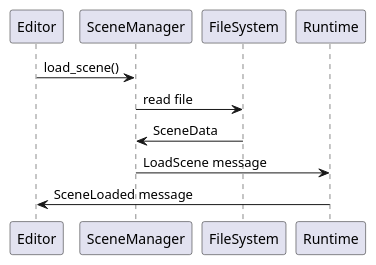
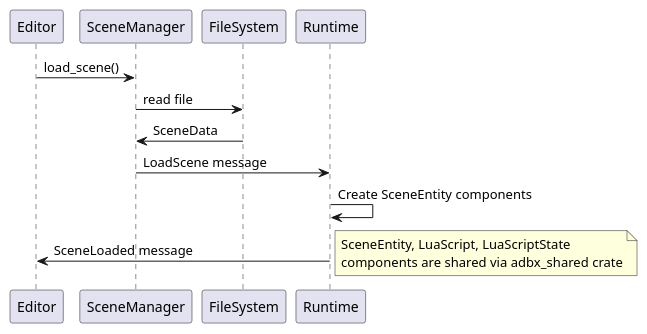
The second of 6 diagrams in docs/architecture/data-flow.md (rhsmz/adbxEngine), drawn with PlantUML before and after one commit. The commit also changed 26 other files, not shown here.

````diff
--- a/docs/architecture/data-flow.md
+++ b/docs/architecture/data-flow.md
@@ -22,14 +22,17 @@
 ```kroki-plantuml
 @startuml
 participant Editor
 participant SceneManager
 participant FileSystem
 participant Runtime
 
 Editor -> SceneManager: load_scene()
 SceneManager -> FileSystem: read file
 FileSystem -> SceneManager: SceneData
 SceneManager -> Runtime: LoadScene message
+Runtime -> Runtime: Create SceneEntity components
 Runtime -> Editor: SceneLoaded message
+
+note right: SceneEntity, LuaScript, LuaScriptState\ncomponents are shared via adbx_shared crate
 @enduml
 ```
````
